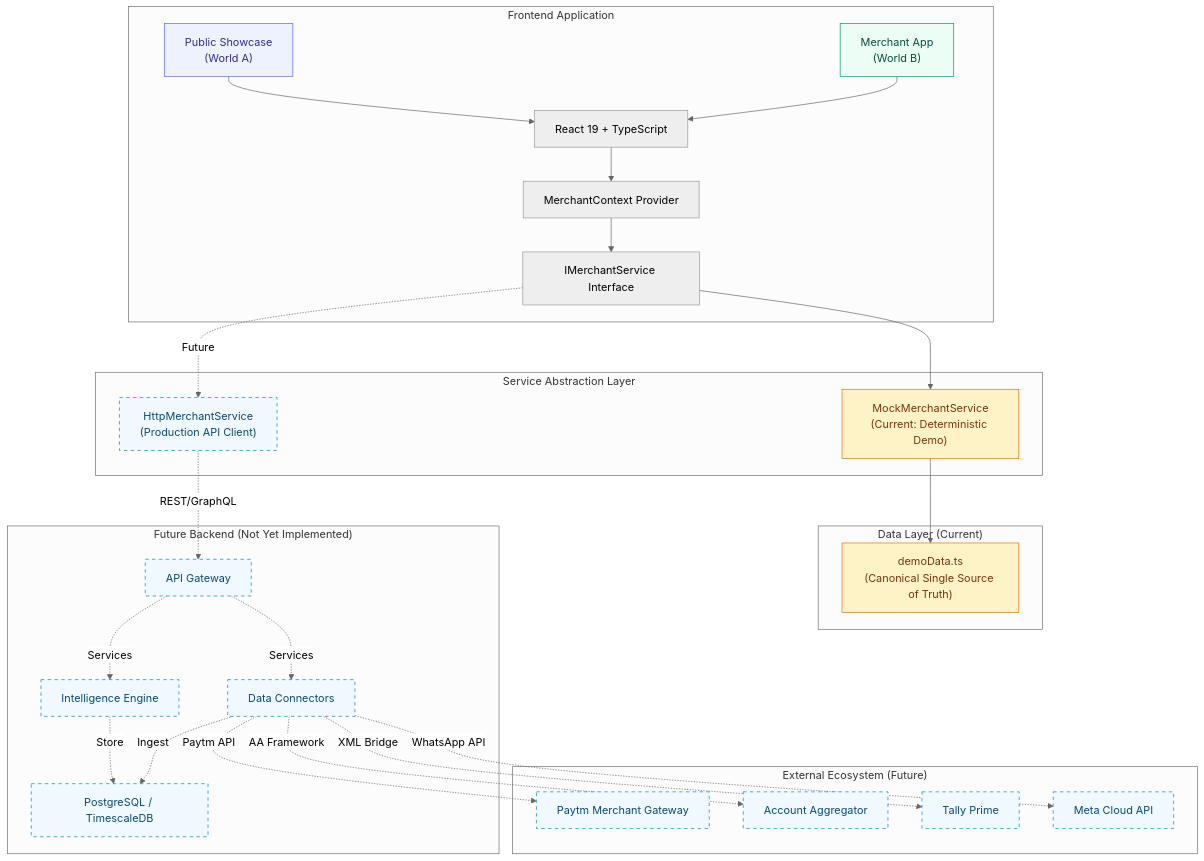
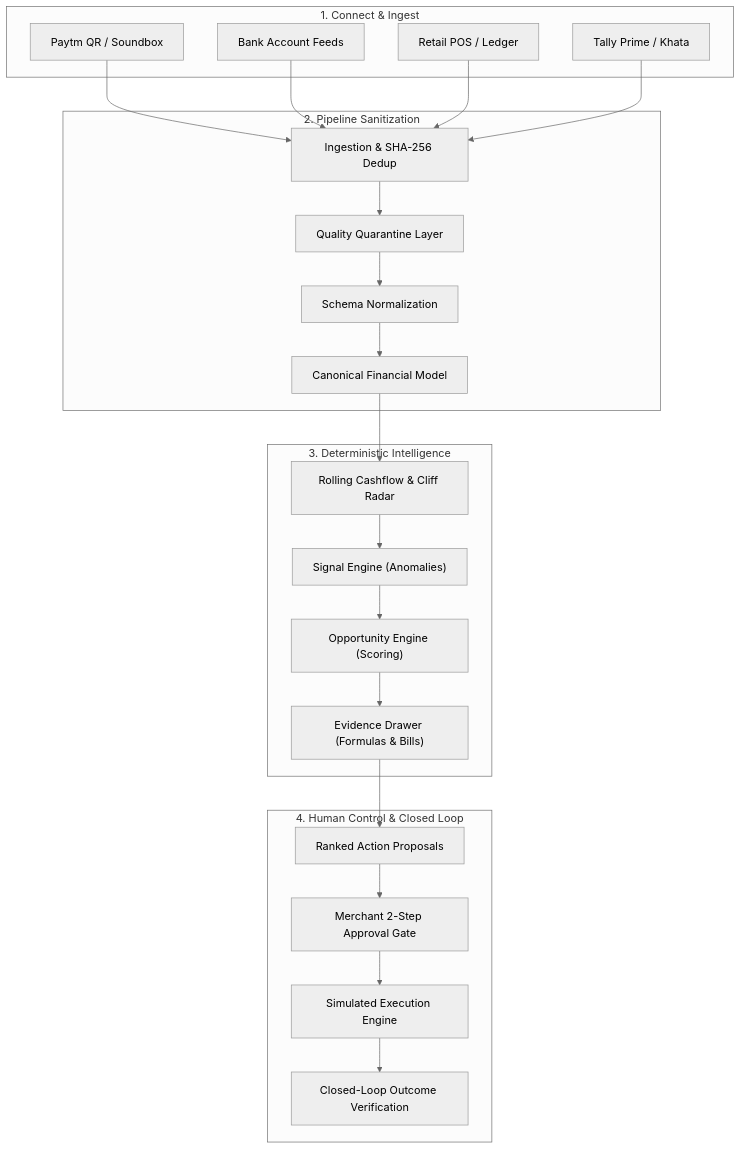
One commit to webdevpraveen/merchantmind_hacksprint changed the first of 4 diagrams in README.md. Above: the diagram before and after it, drawn with Mermaid (neutral theme). The commit also changed other lines of this file, not shown here.

````diff
--- a/README.md
+++ b/README.md
@@ -320,47 +74,46 @@
 ```mermaid
-graph TB
-    subgraph "Frontend Application"
-        A["Public Showcase<br/>(World A)"] --> C["React 19 + TypeScript"]
-        B["Merchant App<br/>(World B)"] --> C
-        C --> D["MerchantContext Provider"]
-        D --> E["IMerchantService Interface"]
+flowchart TD
+    subgraph S1["1. Connect & Ingest"]
+        A["Paytm QR / Soundbox"]
+        B["Bank Account Feeds"]
+        C["Retail POS / Ledger"]
+        D["Tally Prime / Khata"]
     end
 
-    subgraph "Service Abstraction Layer"
-        E --> F["MockMerchantService<br/>(Current: Deterministic Demo)"]
-        E -. "Future" .-> G["HttpMerchantService<br/>(Production API Client)"]
+    subgraph S2["2. Pipeline Sanitization"]
+        E["Ingestion & SHA-256 Dedup"]
+        F["Quality Quarantine Layer"]
+        G["Schema Normalization"]
+        H["Canonical Financial Model"]
     end
 
-    subgraph "Data Layer (Current)"
-        F --> H["demoData.ts<br/>(Canonical Single Source of Truth)"]
+    subgraph S3["3. Deterministic Intelligence"]
+        I["Rolling Cashflow & Cliff Radar"]
+        J["Signal Engine (Anomalies)"]
+        K["Opportunity Engine (Scoring)"]
+        L["Evidence Drawer (Formulas & Bills)"]
     end
 
-    subgraph "Future Backend (Not Yet Implemented)"
-        G -. "REST/GraphQL" .-> I["API Gateway"]
-        I -. "Services" .-> J["Intelligence Engine"]
-        I -. "Services" .-> K["Data Connectors"]
-        J -. "Store" .-> L["PostgreSQL / TimescaleDB"]
-        K -. "Ingest" .-> L
+    subgraph S4["4. Human Control & Closed Loop"]
+        M["Ranked Action Proposals"]
+        N["Merchant 2-Step Approval Gate"]
+        O["Simulated Execution Engine"]
+        P["Closed-Loop Outcome Verification"]
     end
 
-    subgraph "External Ecosystem (Future)"
-        K -. "Paytm API" .-> M["Paytm Merchant Gateway"]
-        K -. "AA Framework" .-> N["Account Aggregator"]
-        K -. "XML Bridge" .-> O["Tally Prime"]
-        K -. "WhatsApp API" .-> P["Meta Cloud API"]
-    end
-
-    style A fill:#EEF2FF,stroke:#6366F1,color:#312E81
-    style B fill:#ECFDF5,stroke:#059669,color:#064E3B
-    style F fill:#FEF3C7,stroke:#D97706,color:#78350F
-    style H fill:#FEF3C7,stroke:#D97706,color:#78350F
-    style G fill:#F0F9FF,stroke:#0284C7,color:#0C4A6E,stroke-dasharray: 5 5
-    style I fill:#F0F9FF,stroke:#0284C7,color:#0C4A6E,stroke-dasharray: 5 5
-    style J fill:#F0F9FF,stroke:#0284C7,color:#0C4A6E,stroke-dasharray: 5 5
-    style K fill:#F0F9FF,stroke:#0284C7,color:#0C4A6E,stroke-dasharray: 5 5
-    style L fill:#F0F9FF,stroke:#0284C7,color:#0C4A6E,stroke-dasharray: 5 5
-    style M fill:#F0F9FF,stroke:#0284C7,color:#0C4A6E,stroke-dasharray: 5 5
-    style N fill:#F0F9FF,stroke:#0284C7,color:#0C4A6E,stroke-dasharray: 5 5
-    style O fill:#F0F9FF,stroke:#0284C7,color:#0C4A6E,stroke-dasharray: 5 5
-    style P fill:#F0F9FF,stroke:#0284C7,color:#0C4A6E,stroke-dasharray: 5 5
+    A --> E
+    B --> E
+    C --> E
+    D --> E
+    E --> F
+    F --> G
+    G --> H
+    H --> I
+    I --> J
+    J --> K
+    K --> L
+    L --> M
+    M --> N
+    N --> O
+    O --> P
 ```
````
